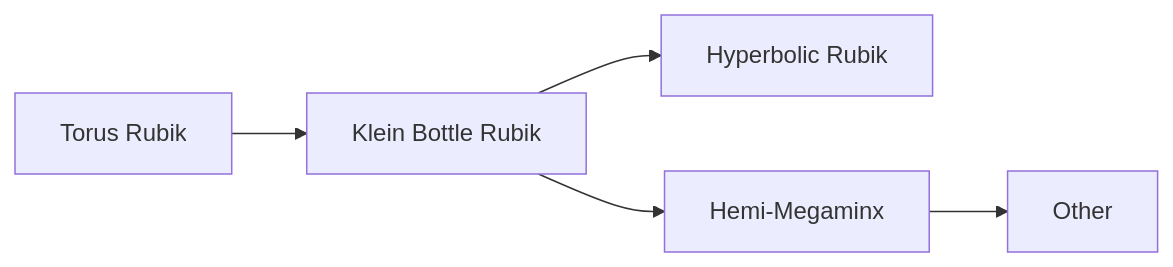
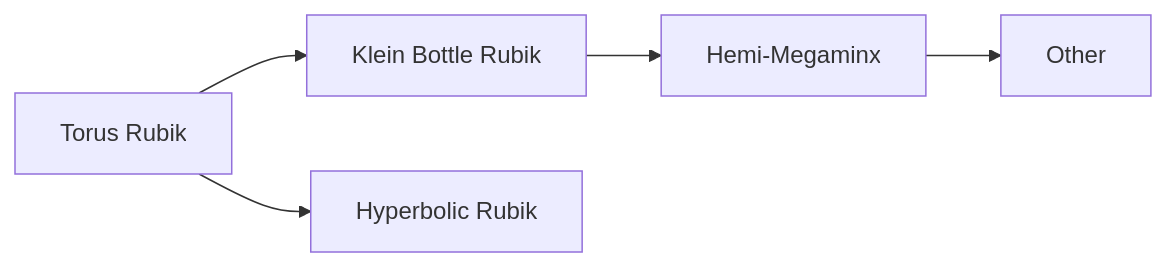
One commit to Hypercubers/hypercubing.xyz changed the third of 4 diagrams in docs/progression.md. Above: the diagram before and after it, drawn with Mermaid. The commit also changed other lines of this file, not shown here.

Commit message:
docs: edit wording and adjust flowcharts

````diff
--- a/docs/progression.md
+++ b/docs/progression.md
@@ -63,10 +63,11 @@
 ```mermaid
 flowchart LR
     A[Torus Rubik]
     B[Klein Bottle Rubik]
     C[Hyperbolic Rubik]
     E[Hemi-Megaminx]
     D[Other]
-    A --> B --> C
+    A --> B
+    A --> C
     B --> E --> D
 ```
````
